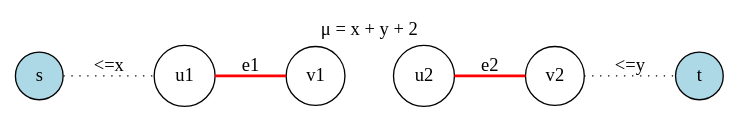
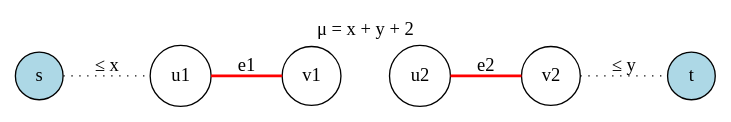
Before and after one commit to amitai100/bidirectional-dijkstra: diagram 14 of 17 in presentation.qmd, drawn with Graphviz. The commit also changed other lines of this file, not shown here.

````diff
--- a/presentation.qmd
+++ b/presentation.qmd
@@ -303,21 +1079,22 @@
 ```{dot}
 graph  {
+    rankdir=LR
     label="μ = x + y + 2";
     labelloc = "t";
-    rankdir=LR
     node [shape=circle];
-        
+    
     s [label="s", style=filled, fillcolor=lightblue];
     t [label="t", style=filled, fillcolor=lightblue];
     u1 [label="u1"];
     v1 [label="v1"];
     u2 [label="u2"];
     v2 [label="v2"];
 
-    s -- u1 [style="dotted", label="<=x"];
-    v2 -- t [style="dotted", label="<=y"];
+    s -- u1 [style="dotted", label=" ≤ x"];
+    v2 -- t [style="dotted", label=" ≤ y"];
     u1 -- v1 [label="e1", color=red, penwidth=2];
     u2 -- v2 [label="e2", color=red, penwidth=2];
-    v1 -- u2 [style="invisible"]
+    v1 -- u2 [style="invis"];
+    
 }
 ```
````
